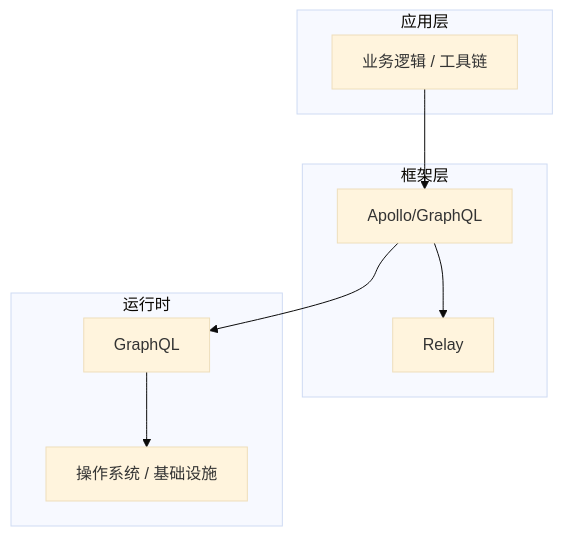
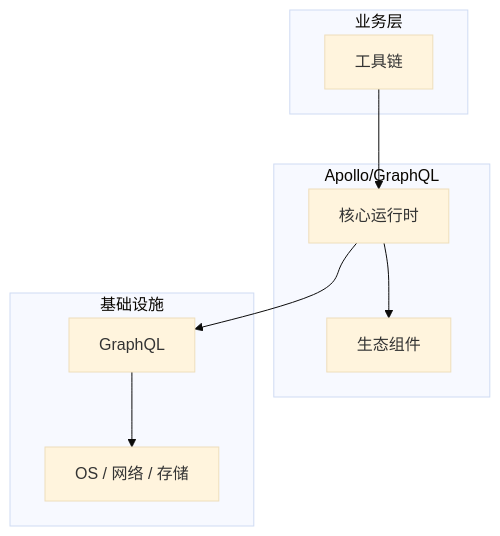
The diagram in articles/GraphQL/chapters/049-工具链核心概念与原理.md (yanggan2015/knowledge-json-v2), drawn with Mermaid (base theme) before and after one commit. The commit also changed other lines of this file and 10127 other files, not shown here.

````diff
--- a/articles/GraphQL/chapters/049-工具链核心概念与原理.md
+++ b/articles/GraphQL/chapters/049-工具链核心概念与原理.md
@@ -45,18 +34,18 @@
 ```mermaid
 graph TB
-    subgraph 应用层
-        A[业务逻辑 / 工具链]
+    subgraph 业务层
+        A[工具链]
     end
-    subgraph 框架层
-        B[Apollo/GraphQL]
-        C[Relay]
+    subgraph Apollo/GraphQL
+        B[核心运行时]
+        C[生态组件]
     end
-    subgraph 运行时
+    subgraph 基础设施
         D[GraphQL]
-        E[操作系统 / 基础设施]
+        E[OS / 网络 / 存储]
     end
     A --> B
     B --> C
     B --> D
     D --> E
 ```
````
